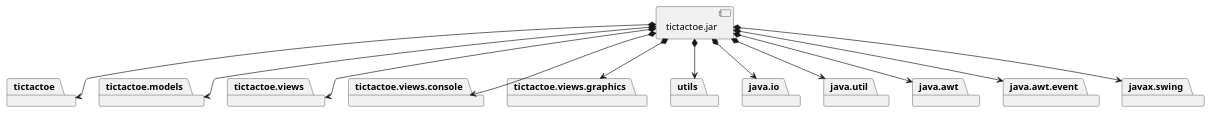
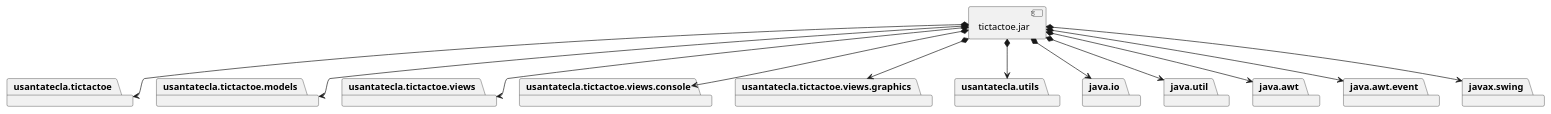
Before and after one commit to Jolucaa/USantaTecla-project-ticTacToe: the first of 2 diagrams in documentView/withFactoryMethod/docs/diagrams/src/vistas.plantuml, drawn with PlantUML. The commit also changed 1 other file, not shown here.

Commit message:
documentView.WithFactoryMethod diagrams updated 3

```diff
--- a/documentView/withFactoryMethod/docs/diagrams/src/vistas.plantuml
+++ b/documentView/withFactoryMethod/docs/diagrams/src/vistas.plantuml
@@ -1,38 +1,38 @@
 @startuml desarrollo_implementacion
-package "  "  as tictactoe {
+package "  "  as usantatecla.tictactoe {
 }
-package "  "  as tictactoe.models {
+package "  "  as usantatecla.tictactoe.models {
 }
-package "  "  as tictactoe.views {
+package "  "  as usantatecla.tictactoe.views {
 }
-package "  "  as tictactoe.views.console {
+package "  "  as usantatecla.tictactoe.views.console {
 }
-package "  "  as tictactoe.views.graphics {
+package "  "  as usantatecla.tictactoe.views.graphics {
 }
-package "  "  as utils {
+package "  "  as usantatecla.utils {
 }
 package "  "  as java.io {
 }
 package "  "  as java.util {
 }
 package "  "  as java.awt{
 }
 package "  "  as java.awt.event{
 }
 package "  "  as javax.swing{
 }
 
 [tictactoe.jar] as jar
 
-jar *--> tictactoe
-jar *--> tictactoe.models
-jar *--> tictactoe.views
-jar *--> tictactoe.views.console
-jar *--> tictactoe.views.graphics
-jar *--> utils
+jar *--> usantatecla.tictactoe
+jar *--> usantatecla.tictactoe.models
+jar *--> usantatecla.tictactoe.views
+jar *--> usantatecla.tictactoe.views.console
+jar *--> usantatecla.tictactoe.views.graphics
+jar *--> usantatecla.utils
 jar *--> java.io
 jar *--> java.util
 jar *--> java.awt
 jar *--> java.awt.event
 jar *--> javax.swing
 @enduml
```
